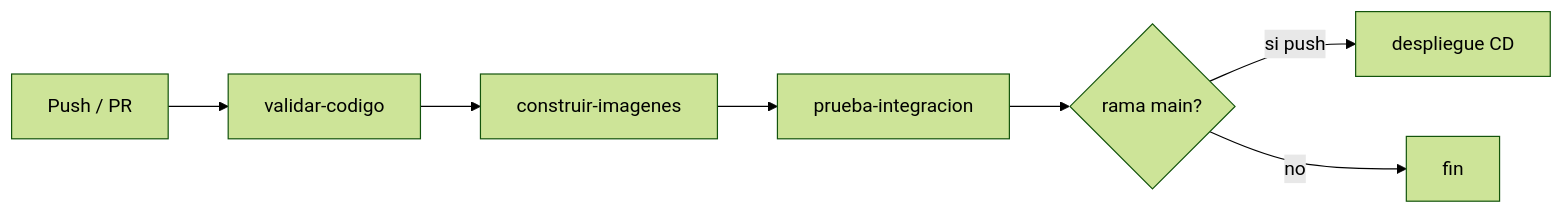
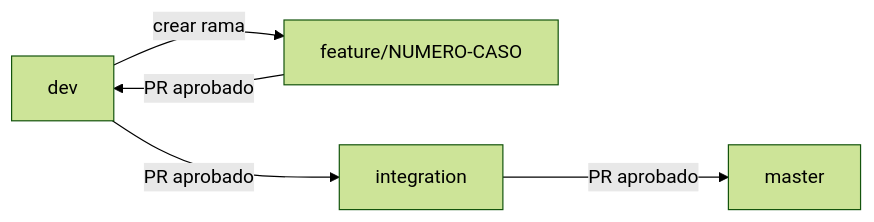
Before and after one commit to memouk/gnucannabismicro: the diagram in docs/ENTREGA_CI_CD_GITHUB_ACTIONS.md, drawn with Mermaid (forest theme). The commit also changed other lines of this file and 2 other files, not shown here.

First line of the commit message:
ci: alinear pipeline al flujo dev -> feature -> integration -> master

````diff
--- a/docs/ENTREGA_CI_CD_GITHUB_ACTIONS.md
+++ b/docs/ENTREGA_CI_CD_GITHUB_ACTIONS.md
@@ -20,9 +7,7 @@
 ```mermaid
 flowchart LR
-  A[Push / PR] --> B[validar-codigo]
-  B --> C[construir-imagenes]
-  C --> D[prueba-integracion]
-  D --> E{rama main?}
-  E -->|si push| F[despliegue CD]
-  E -->|no| G[fin]
+  dev[dev] -->|crear rama| feat[feature/NUMERO-CASO]
+  feat -->|PR aprobado| dev
+  dev -->|PR aprobado| int[integration]
+  int -->|PR aprobado| mas[master]
 ```
````
